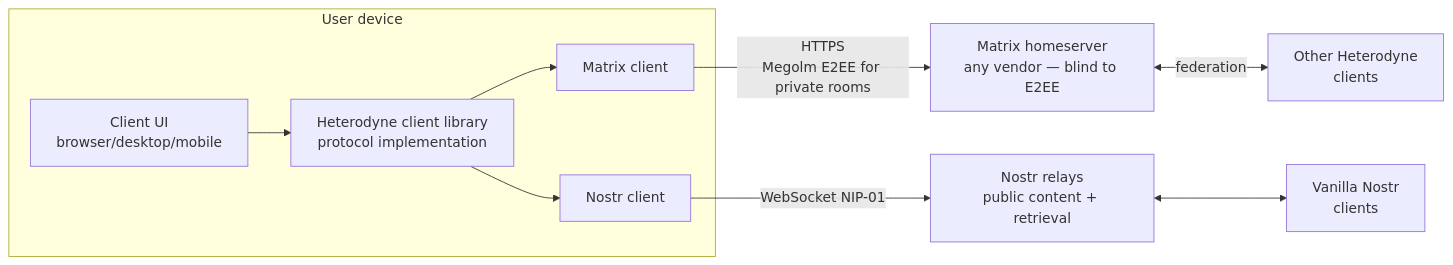
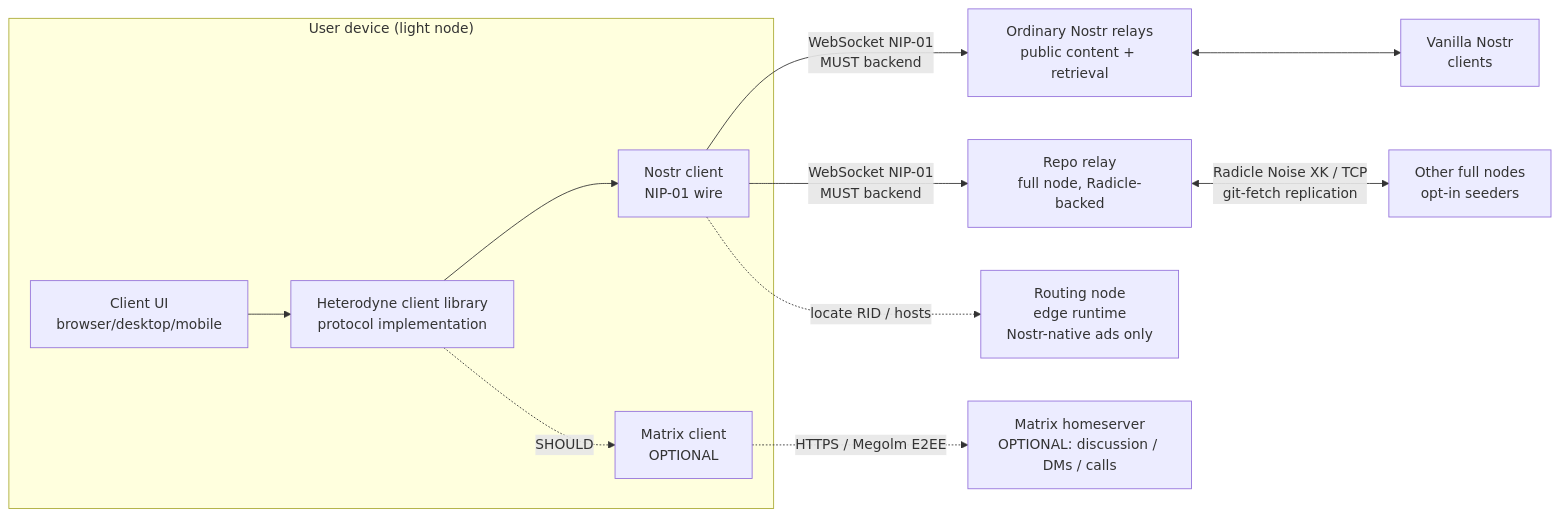
One commit to HeterodyneNetwork/HeterodyneProtocol changed the diagram in docs/architecture.md. Above: the diagram before and after it, drawn with Mermaid. The commit also changed other lines of this file and 9 other files, not shown here.

First line of the commit message:
docs: pivot spec to Radicle + Nostr core substrate (v0.4.0)

````diff
--- a/docs/architecture.md
+++ b/docs/architecture.md
@@ -328,17 +448,20 @@
 ```mermaid
 flowchart LR
-    subgraph Device["User device"]
+    subgraph Device["User device (light node)"]
         UI[Client UI<br/>browser/desktop/mobile]
         Core[Heterodyne client library<br/>protocol implementation]
-        MSDK[Matrix client]
-        NSDK[Nostr client]
+        NSDK[Nostr client<br/>NIP-01 wire]
+        MSDK[Matrix client<br/>OPTIONAL]
         UI --> Core
-        Core --> MSDK
         Core --> NSDK
+        Core -.SHOULD.-> MSDK
     end
 
-    MSDK -->|HTTPS<br/>Megolm E2EE for private rooms| HS[Matrix homeserver<br/>any vendor — blind to E2EE]
-    NSDK -->|WebSocket NIP-01| Relay[Nostr relays<br/>public content + retrieval]
-    HS <-->|federation| Peers[Other Heterodyne<br/>clients]
+    NSDK -->|WebSocket NIP-01<br/>MUST backend| Relay[Ordinary Nostr relays<br/>public content + retrieval]
+    NSDK -->|WebSocket NIP-01<br/>MUST backend| RepoRelay[Repo relay<br/>full node, Radicle-backed]
+    NSDK -.locate RID / hosts.-> Routing[Routing node<br/>edge runtime<br/>Nostr-native ads only]
+    MSDK -.HTTPS / Megolm E2EE.-> HS[Matrix homeserver<br/>OPTIONAL: discussion / DMs / calls]
+
+    RepoRelay <-->|Radicle Noise XK / TCP<br/>git-fetch replication| FullB[Other full nodes<br/>opt-in seeders]
     Relay <--> NPeers[Vanilla Nostr<br/>clients]
 ```
````
